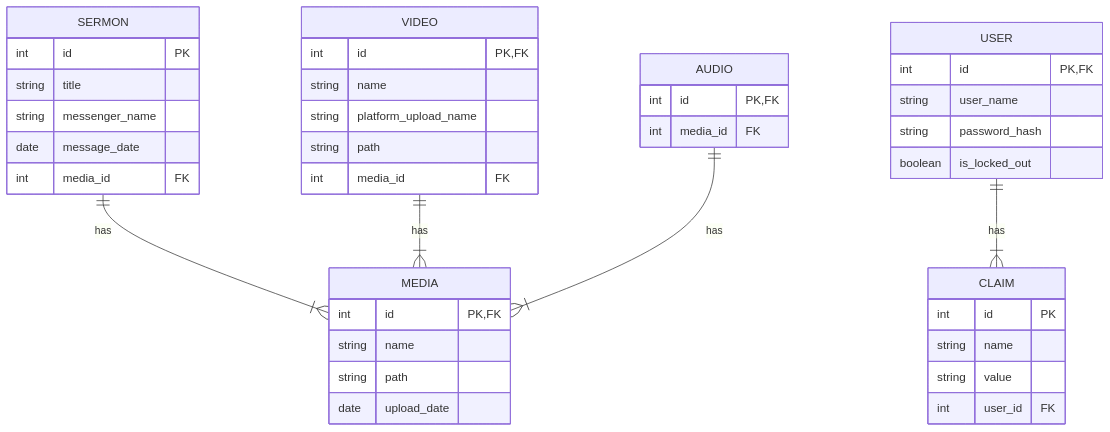
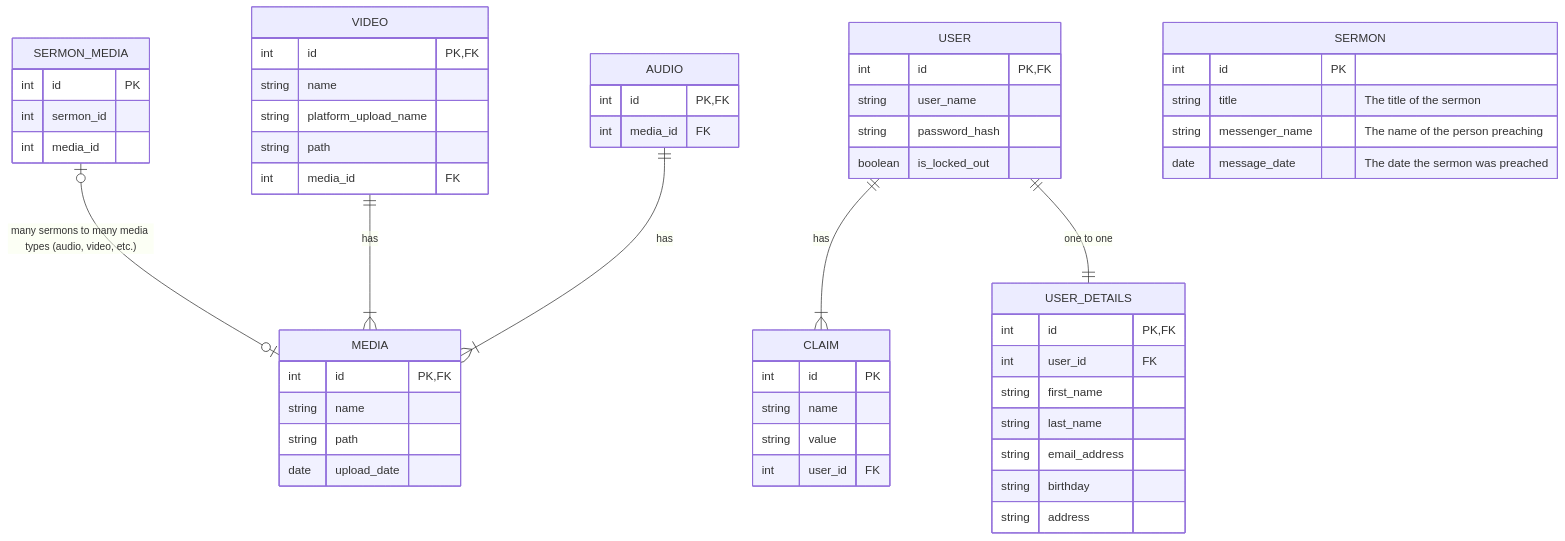
The diagram in erDiagram.mmd (humilissw/apostolic-faith-sacramento), drawn with Mermaid before and after one commit.

Commit message:
updated diagrams to represent db design

```diff
--- a/erDiagram.mmd
+++ b/erDiagram.mmd
@@ -1,47 +1,64 @@
 erDiagram
 %% ||: One and only one.
 %% |{: One or many (often used for the "many" side of one-to-many).
 %% O{: Zero or many (also common for "many" side).
 %% O|: Zero or one. 
     %% relationships
-    SERMON ||--|{ MEDIA : has
+    SERMON_MEDIA |o--o| MEDIA : "many sermons to many media types (audio, video, etc.)"
     VIDEO ||--|{ MEDIA : has
     AUDIO ||--|{ MEDIA : has
     USER ||--|{ CLAIM : has
+    USER ||--|| USER_DETAILS : "one to one"
     %% entities
     SERMON {
         int id PK
-        string title
-        string messenger_name
-        date message_date
-        int media_id FK
+        string title "The title of the sermon"
+        string messenger_name "The name of the person preaching"
+        date message_date "The date the sermon was preached"
+    }
+    %% many to many table for capturing the kind of media that can be associated
+    %% with a sermon; we don't want to constrain ourselves to one type of media as it can
+    %%  be output in a variety of ways. 
+    SERMON_MEDIA {
+        int id PK
+        int sermon_id
+        int media_id
     }
     MEDIA {
         int id PK, FK
         string name
         string path
         date upload_date
     }
     VIDEO {
         int id PK, FK
         string name
         string platform_upload_name
         string path
         int media_id FK
     }
     AUDIO {
         int id PK, FK
         int media_id FK
     }
     USER {
         int id PK, FK
         string user_name
         string password_hash
         boolean is_locked_out
     }
+    USER_DETAILS {
+        int id PK, FK
+        int user_id FK
+        string first_name
+        string last_name
+        string email_address
+        string birthday
+        string address
+    }
     CLAIM {
         int id PK
         string name
         string value
         int user_id FK
     }
```
